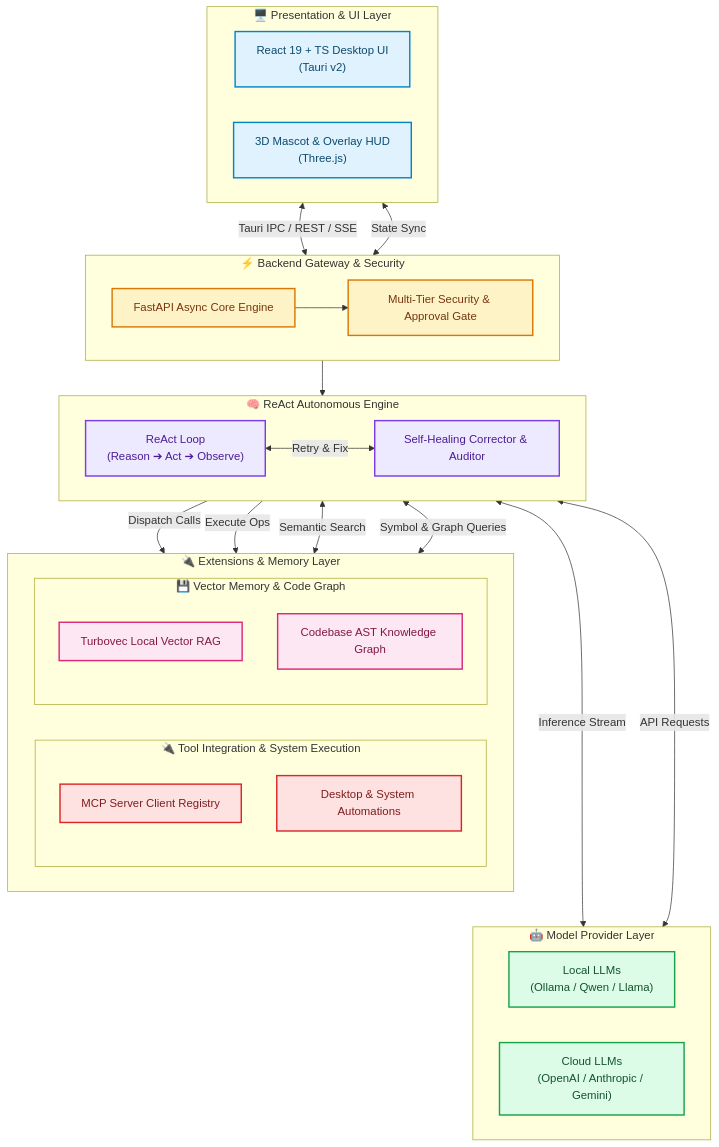
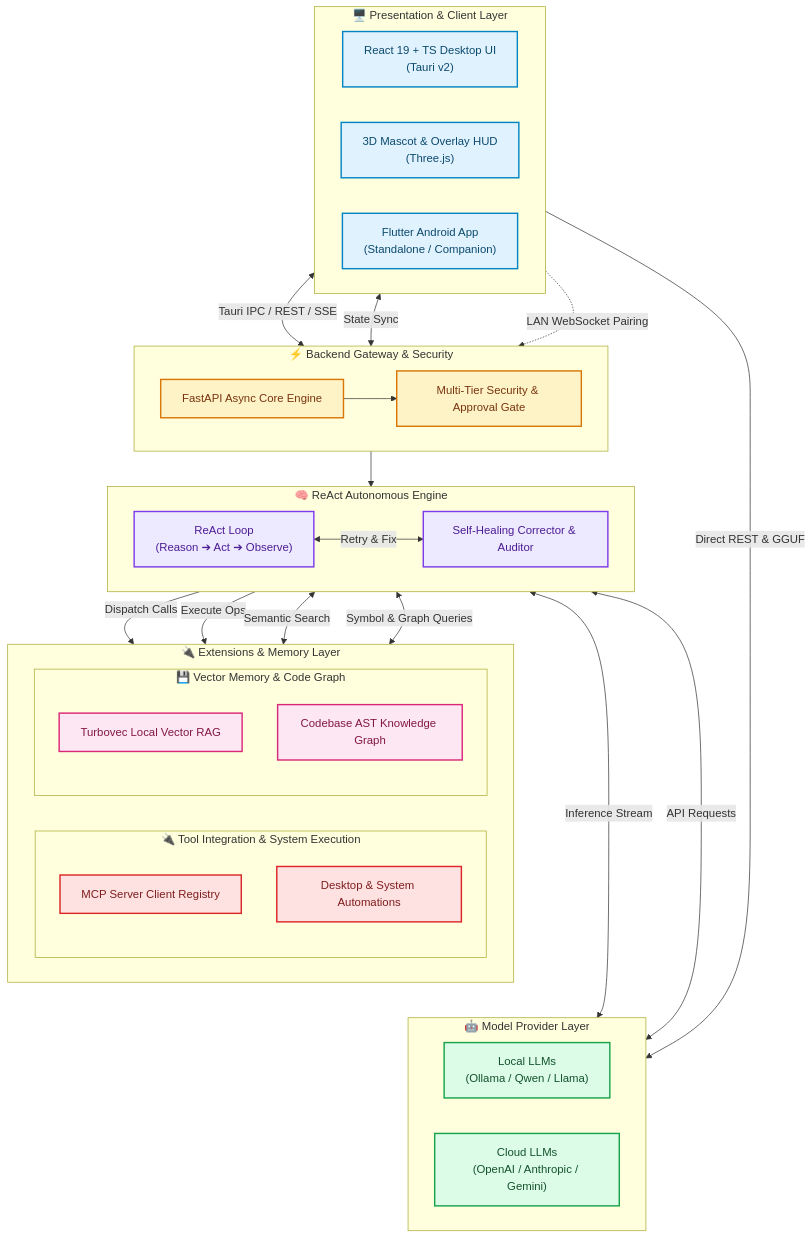
Before and after one commit to Aryan4132/Meridian-X: the diagram in README.md, drawn with Mermaid. The commit also changed other lines of this file and 81 other files, not shown here.

Commit message:
feat(mobile,release): v0.1.7 release with real mobile engines, GGUF downloader, and executive UX

````diff
--- a/README.md
+++ b/README.md
@@ -53,71 +62,74 @@
 ```mermaid
 flowchart TB
-    subgraph UI["🖥️ Presentation & UI Layer"]
+    subgraph UI["🖥️ Presentation & Client Layer"]
         direction LR
         UI_MAIN["React 19 + TS Desktop UI<br/>(Tauri v2)"]
         UI_HUD["3D Mascot & Overlay HUD<br/>(Three.js)"]
+        UI_MOBILE["Flutter Android App<br/>(Standalone / Companion)"]
     end
 
     subgraph GATEWAY["⚡ Backend Gateway & Security"]
         direction LR
         FASTAPI["FastAPI Async Core Engine"]
         SEC_GATE["Multi-Tier Security & Approval Gate"]
     end
 
     subgraph CORE["🧠 ReAct Autonomous Engine"]
         direction LR
         REACT["ReAct Loop<br/>(Reason ➔ Act ➔ Observe)"]
         HEAL["Self-Healing Corrector & Auditor"]
     end
 
     subgraph INTEGRATIONS["🔌 Extensions & Memory Layer"]
         direction LR
         subgraph TOOLS["🔌 Tool Integration & System Execution"]
             direction TB
             MCP["MCP Server Client Registry"]
             SYS_OPS["Desktop & System Automations"]
         end
         subgraph KNOWLEDGE["💾 Vector Memory & Code Graph"]
             direction TB
             VEC_DB["Turbovec Local Vector RAG"]
             AST_GRAPH["Codebase AST Knowledge Graph"]
         end
     end
 
     subgraph MODELS["🤖 Model Provider Layer"]
         direction LR
         OLLAMA["Local LLMs<br/>(Ollama / Qwen / Llama)"]
         CLOUD["Cloud LLMs<br/>(OpenAI / Anthropic / Gemini)"]
     end
 
     UI_MAIN <-->|"Tauri IPC / REST / SSE"| FASTAPI
     UI_HUD <-->|"State Sync"| FASTAPI
+    UI_MOBILE -.->|"LAN WebSocket Pairing"| FASTAPI
+    UI_MOBILE -->|"Direct REST & GGUF"| CLOUD
     FASTAPI --> SEC_GATE
     SEC_GATE --> REACT
     REACT <-->|"Retry & Fix"| HEAL
 
     REACT -->|"Dispatch Calls"| MCP
     REACT -->|"Execute Ops"| SYS_OPS
     REACT <-->|"Semantic Search"| VEC_DB
     REACT <-->|"Symbol & Graph Queries"| AST_GRAPH
 
     REACT <-->|"Inference Stream"| OLLAMA
     REACT <-->|"API Requests"| CLOUD
 
     TOOLS ~~~ MODELS
     KNOWLEDGE ~~~ MODELS
 
     classDef uiStyle fill:#e0f2fe,stroke:#0284c7,stroke-width:2px,color:#0c4a6e
     classDef gatewayStyle fill:#fef3c7,stroke:#d97706,stroke-width:2px,color:#78350f
     classDef coreStyle fill:#ede9fe,stroke:#7c3aed,stroke-width:2px,color:#4c1d95
     classDef modelStyle fill:#dcfce7,stroke:#16a34a,stroke-width:2px,color:#14532d
     classDef knowledgeStyle fill:#fce7f3,stroke:#db2777,stroke-width:2px,color:#831843
     classDef toolStyle fill:#fee2e2,stroke:#dc2626,stroke-width:2px,color:#7f1d1d
 
-    class UI_MAIN,UI_HUD uiStyle
+    class UI_MAIN,UI_HUD,UI_MOBILE uiStyle
     class FASTAPI,SEC_GATE gatewayStyle
     class REACT,HEAL coreStyle
     class OLLAMA,CLOUD modelStyle
     class VEC_DB,AST_GRAPH knowledgeStyle
     class MCP,SYS_OPS toolStyle
 ```
````
